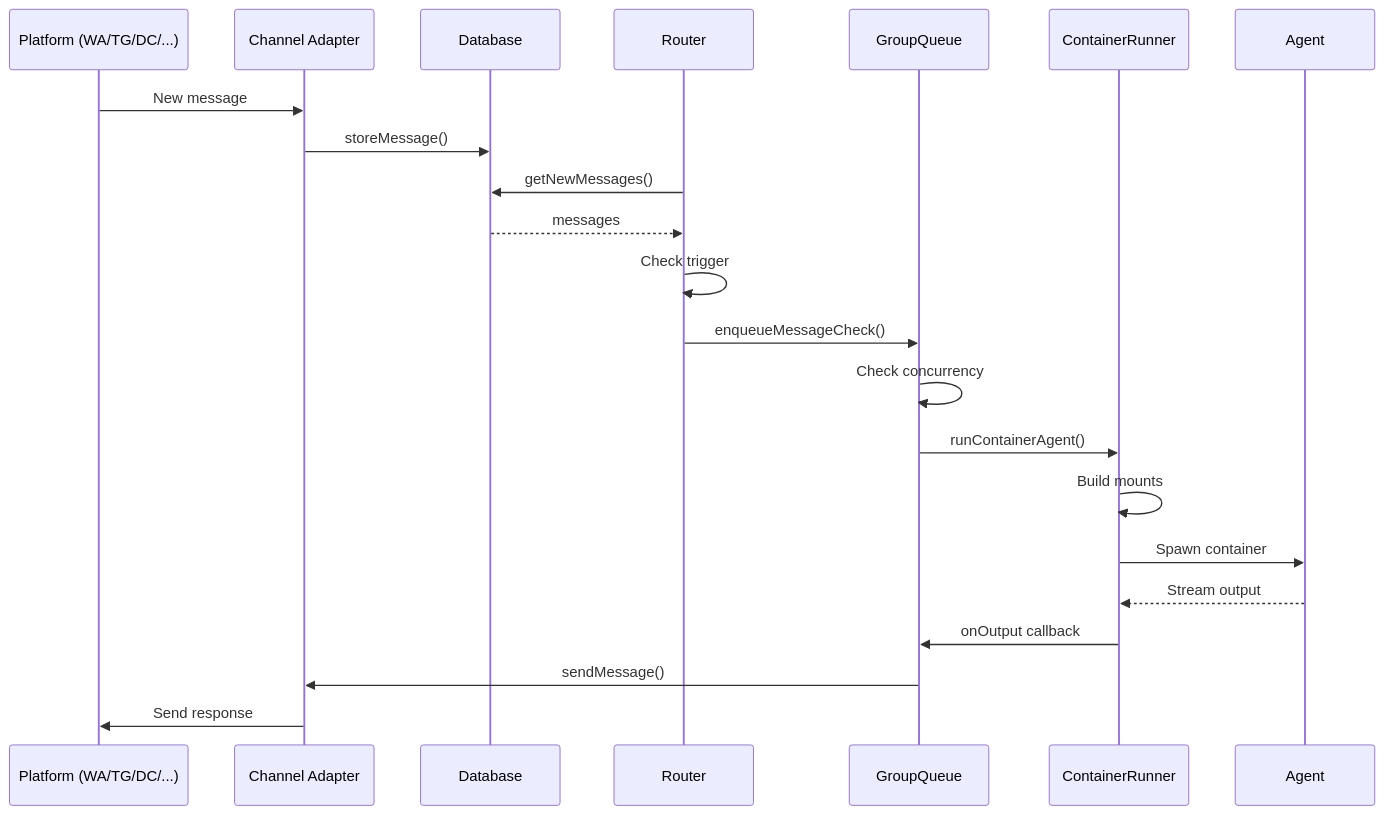
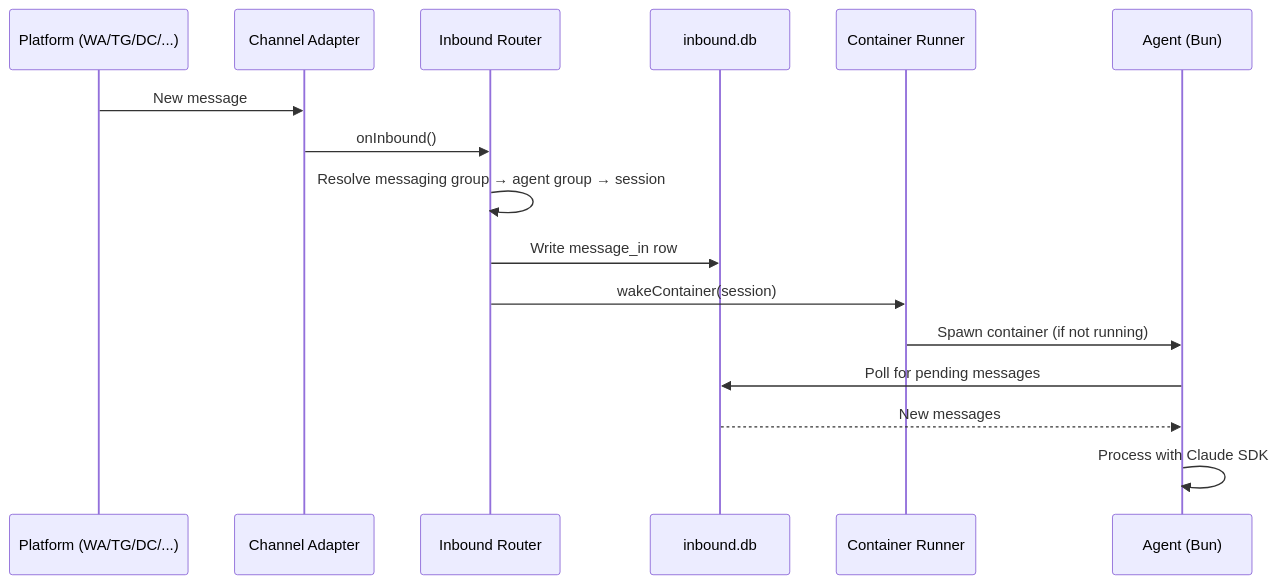
Before and after one commit to glifocat/mintlify-docs: the second of 3 diagrams in concepts/architecture.mdx, drawn with Mermaid. The commit also changed other lines of this file and 4 other files, not shown here.

First line of the commit message:
docs: update architecture, containers, IPC, and config for v2 rewrite

````diff
--- a/concepts/architecture.mdx
+++ b/concepts/architecture.mdx
@@ -163,25 +149,19 @@
 ```mermaid
 sequenceDiagram
     participant PL as Platform (WA/TG/DC/...)
     participant CH as Channel Adapter
-    participant DB as Database
-    participant RT as Router
-    participant GQ as GroupQueue
-    participant CR as ContainerRunner
-    participant AG as Agent
+    participant RT as Inbound Router
+    participant IDB as inbound.db
+    participant CR as Container Runner
+    participant AG as Agent (Bun)
 
     PL->>CH: New message
-    CH->>DB: storeMessage()
-    RT->>DB: getNewMessages()
-    DB-->>RT: messages
-    RT->>RT: Check trigger
-    RT->>GQ: enqueueMessageCheck()
-    GQ->>GQ: Check concurrency
-    GQ->>CR: runContainerAgent()
-    CR->>CR: Build mounts
-    CR->>AG: Spawn container
-    AG-->>CR: Stream output
-    CR->>GQ: onOutput callback
-    GQ->>CH: sendMessage()
-    CH->>PL: Send response
+    CH->>RT: onInbound()
+    RT->>RT: Resolve messaging group → agent group → session
+    RT->>IDB: Write message_in row
+    RT->>CR: wakeContainer(session)
+    CR->>AG: Spawn container (if not running)
+    AG->>IDB: Poll for pending messages
+    IDB-->>AG: New messages
+    AG->>AG: Process with Claude SDK
 ```
````
